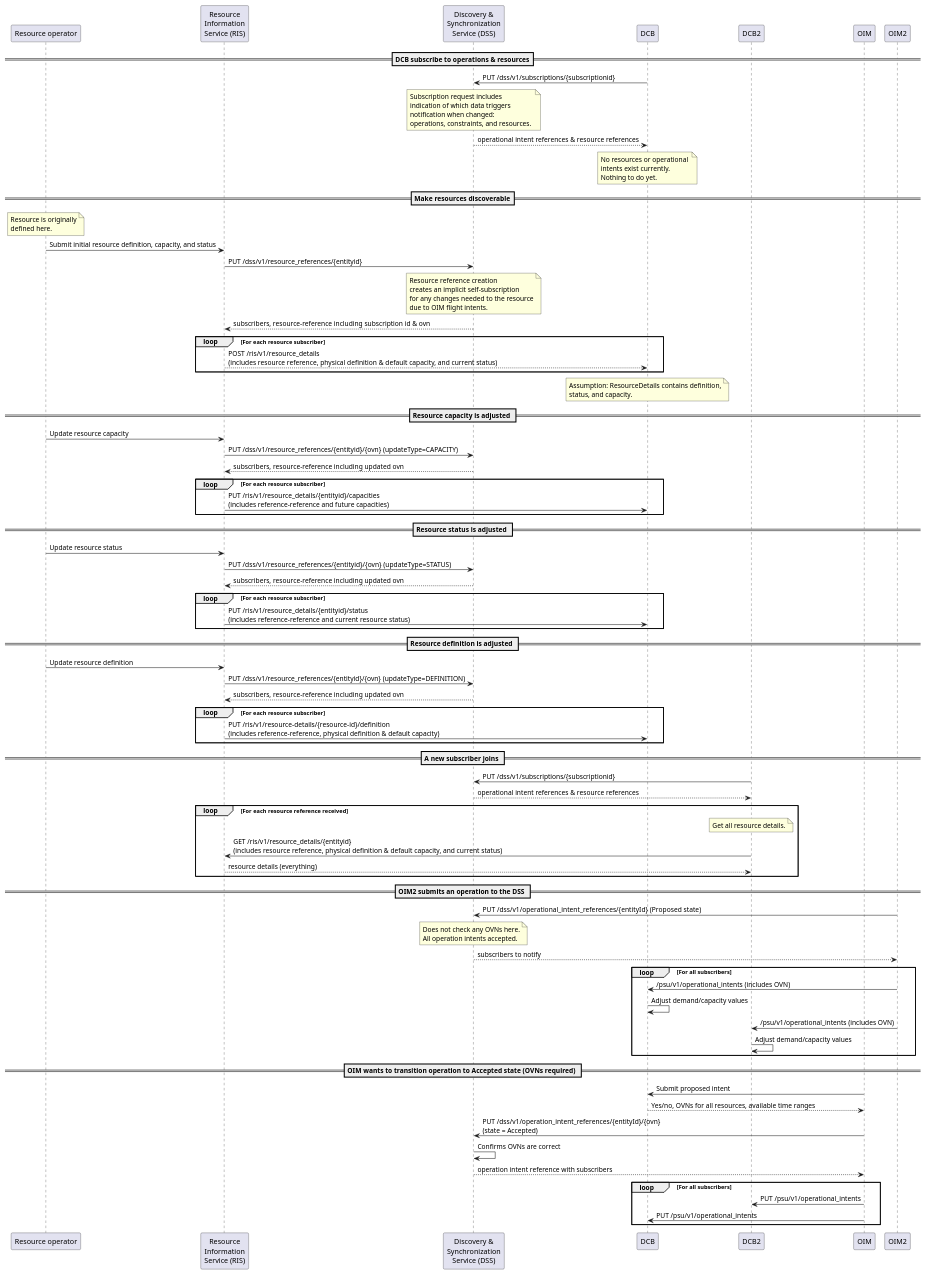
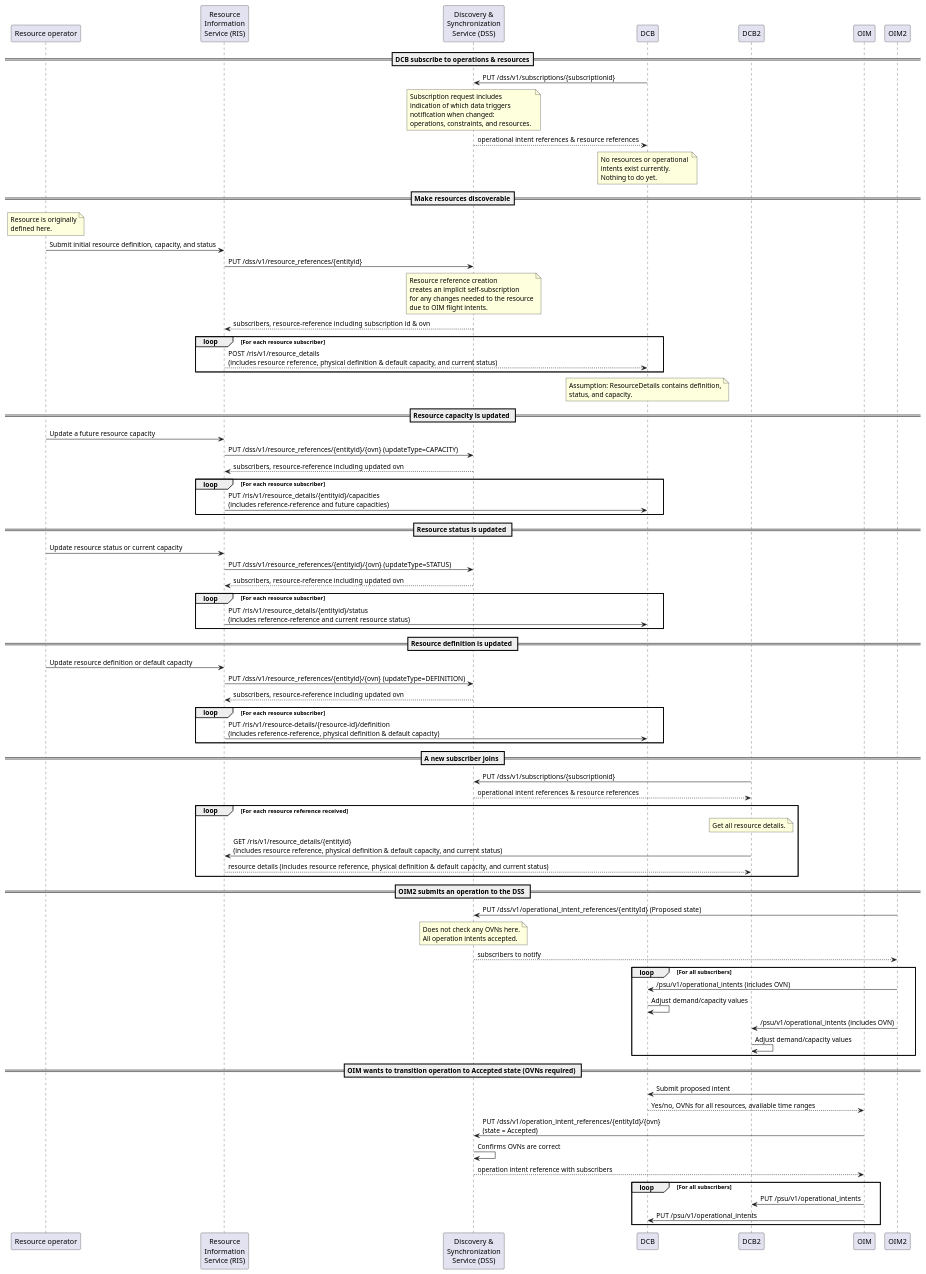
One commit to JaqpottCTO/ASTM_UTMAPI changed the diagram in resource-sequence.puml. Above: the diagram before and after it, drawn with PlantUML. The commit also changed 2 other files, not shown here.

Commit message:
Changes based on 9/19 discussion - include all future capacities in resource details POST & GET

```diff
--- a/resource-sequence.puml
+++ b/resource-sequence.puml
@@ -1,118 +1,118 @@
 @startuml
 participant "Resource operator" as RO
 participant "Resource\nInformation\nService (RIS)" as RIS
 participant "Discovery &\nSynchronization\nService (DSS)" as DSS
 participant "DCB" as DCB
 participant "DCB2" as DCB2
 participant "OIM" as OIM
 participant "OIM2" as OIM2
 
 
 ==DCB subscribe to operations & resources==
 DCB -> DSS: PUT /dss/v1/subscriptions/{subscriptionid}
 note over DSS
     Subscription request includes
     indication of which data triggers
     notification when changed: 
     operations, constraints, and resources. 
 end note
 DCB <-- DSS: operational intent references & resource references
 
 note over DCB
 No resources or operational 
 intents exist currently. 
 Nothing to do yet. 
 end note
 
 ==Make resources discoverable==
 note over RO
 Resource is originally
 defined here.
 end note 
 RO -> RIS: Submit initial resource definition, capacity, and status
 RIS -> DSS: PUT /dss/v1/resource_references/{entityid}
 note over DSS
 Resource reference creation
 creates an implicit self-subscription
 for any changes needed to the resource
 due to OIM flight intents.
 end note
 DSS --> RIS: subscribers, resource-reference including subscription id & ovn
 loop For each resource subscriber
     DCB <-- RIS: POST /ris/v1/resource_details\n(includes resource reference, physical definition & default capacity, and current status)
 end
 note over DCB
 Assumption: ResourceDetails contains definition,
 status, and capacity. 
 end note
 
-== Resource capacity is adjusted ==
-RO -> RIS: Update resource capacity
+== Resource capacity is updated ==
+RO -> RIS: Update a future resource capacity
 RIS -> DSS: PUT /dss/v1/resource_references/{entityid}/{ovn} (updateType=CAPACITY)
 RIS <-- DSS: subscribers, resource-reference including updated ovn
 loop For each resource subscriber
     RIS -> DCB: PUT /ris/v1/resource_details/{entityid}/capacities\n(includes reference-reference and future capacities)
 end
 
-== Resource status is adjusted ==
-RO -> RIS: Update resource status
+== Resource status is updated ==
+RO -> RIS: Update resource status or current capacity
 RIS -> DSS: PUT /dss/v1/resource_references/{entityid}/{ovn} (updateType=STATUS)
 RIS <-- DSS: subscribers, resource-reference including updated ovn
 loop For each resource subscriber
     RIS -> DCB: PUT /ris/v1/resource_details/{entityid}/status\n(includes reference-reference and current resource status)
 end
 
-== Resource definition is adjusted ==
-RO -> RIS: Update resource definition
+== Resource definition is updated ==
+RO -> RIS: Update resource definition or default capacity
 RIS -> DSS: PUT /dss/v1/resource_references/{entityid}/{ovn} (updateType=DEFINITION)
 RIS <-- DSS: subscribers, resource-reference including updated ovn
 loop For each resource subscriber
     RIS -> DCB: PUT /ris/v1/resource-details/{resource-id}/definition\n(includes reference-reference, physical definition & default capacity)
 end
 
 == A new subscriber joins == 
 DCB2 -> DSS: PUT /dss/v1/subscriptions/{subscriptionid}
 DCB2 <-- DSS: operational intent references & resource references
 
 loop For each resource reference received
     note over DCB2
     Get all resource details.
     end note
     DCB2 -> RIS: GET /ris/v1/resource_details/{entityid}\n(includes resource reference, physical definition & default capacity, and current status)
-    DCB2 <-- RIS: resource details (everything)
+    DCB2 <-- RIS: resource details (includes resource reference, physical definition & default capacity, and current status)
 end
 
 
 == OIM2 submits an operation to the DSS == 
 OIM2 -> DSS: PUT /dss/v1/operational_intent_references/{entityId}  (Proposed state)
 note over DSS
 Does not check any OVNs here.
 All operation intents accepted.
 end note
 OIM2 <-- DSS: subscribers to notify
 loop For all subscribers
     ' OIM2 -> RIS: /psu/v1/operational_intents (includes OVN)
     OIM2 -> DCB: /psu/v1/operational_intents (includes OVN)
     DCB -> DCB: Adjust demand/capacity values
     OIM2 -> DCB2:  /psu/v1/operational_intents (includes OVN)
     DCB2 -> DCB2: Adjust demand/capacity values
 end
 
 == OIM wants to transition operation to Accepted state (OVNs required) ==
 ' OIM -> DCB: Get available resources
 ' OIM <-- DCB: Return all resources, OVNs, avaialble time ranges
 
 
 OIM -> DCB: Submit proposed intent
 OIM <-- DCB: Yes/no, OVNs for all resources, available time ranges
 
 OIM -> DSS: PUT /dss/v1/operation_intent_references/{entityId}/{ovn}\n(state = Accepted)
 DSS -> DSS: Confirms OVNs are correct
 OIM <-- DSS: operation intent reference with subscribers
 loop For all subscribers
     OIM -> DCB2: PUT /psu/v1/operational_intents
     OIM -> DCB: PUT /psu/v1/operational_intents
 end
 
 
 @enduml
```
